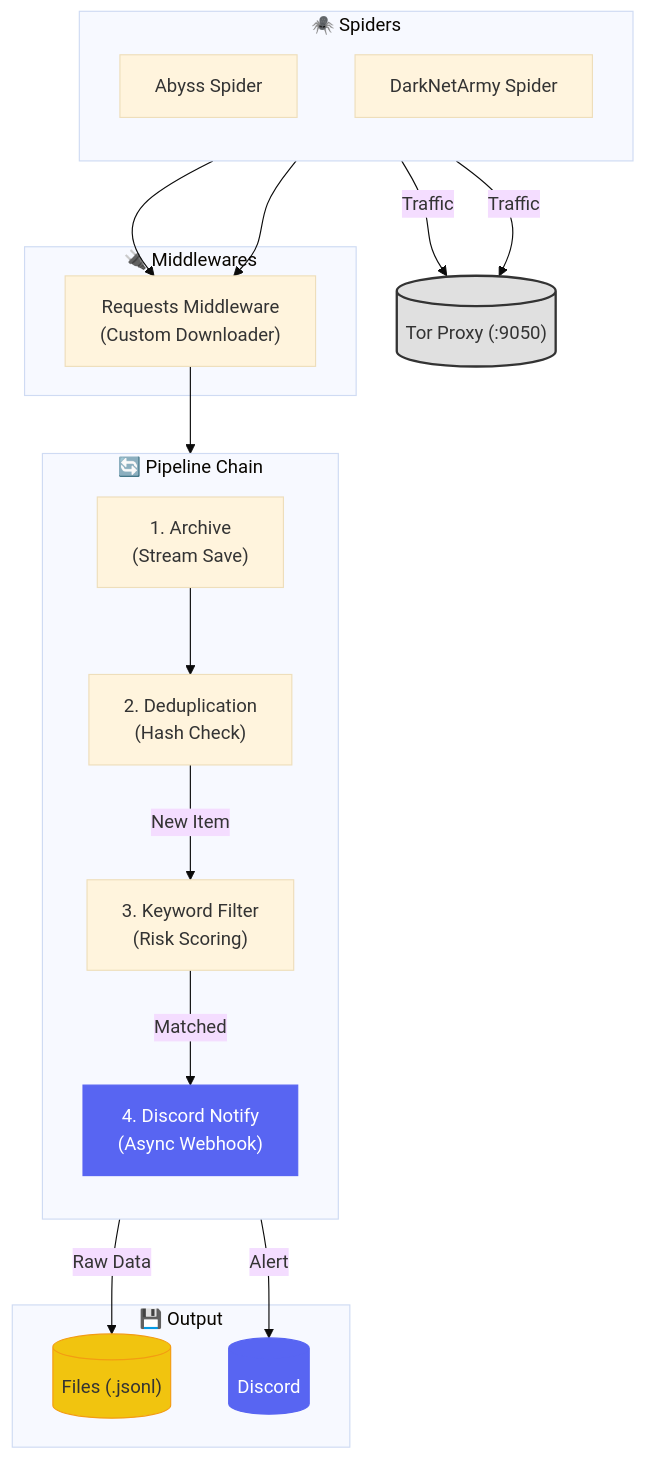
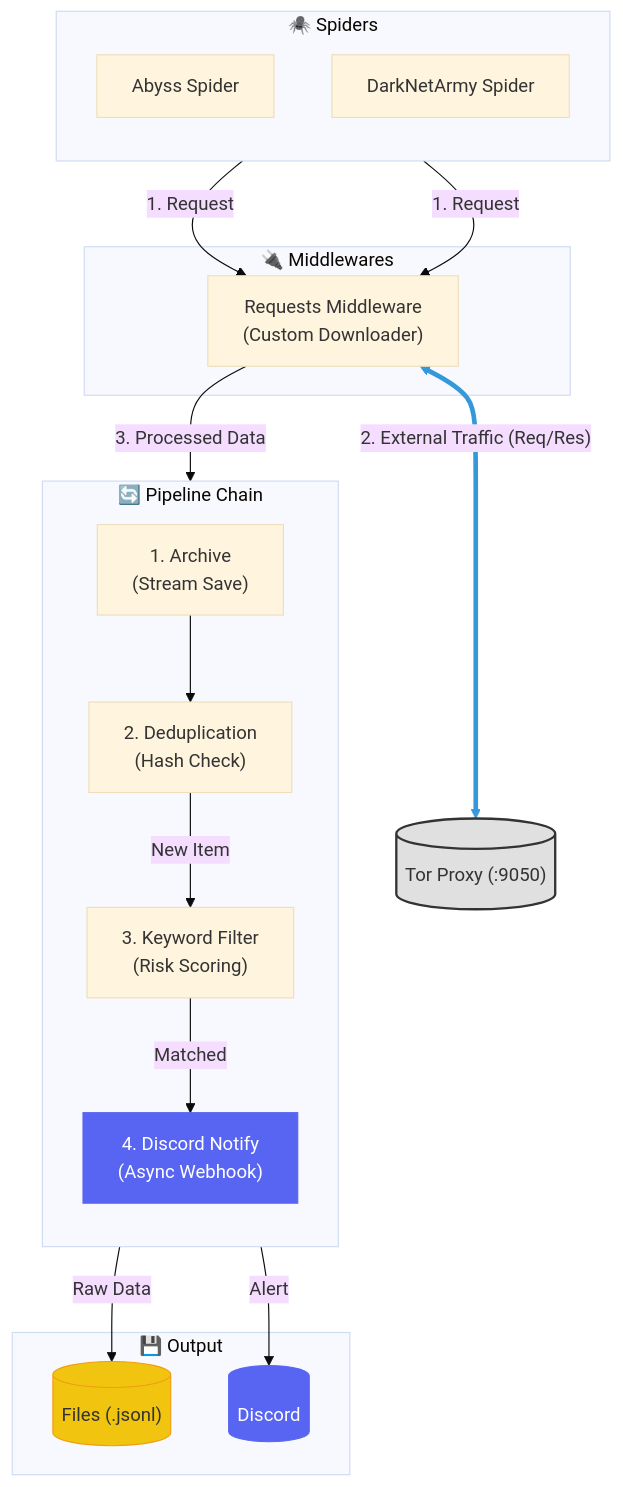
Before and after one commit to Tri-Best-3/darkweb_crawler_main: the diagram in README.md, drawn with Mermaid (base theme).

Commit message:
docs: ReadMe mermaid flow fix

````diff
--- a/README.md
+++ b/README.md
@@ -26,48 +26,48 @@
 ```mermaid
 flowchart TD
     %% Nodes
     Tor[("Tor Proxy (:9050)")]
     
     subgraph Spiders ["🕷️ Spiders"]
         direction TB
         Abyss[Abyss Spider]
         DNA[DarkNetArmy Spider]
     end
 
     subgraph Middlewares ["🔌 Middlewares"]
-        %% Both use Requests MW for stability
         ReqMW["Requests Middleware<br/>(Custom Downloader)"]
     end
 
     subgraph Pipelines ["🔄 Pipeline Chain"]
         direction TB
         Arc["1. Archive<br/>(Stream Save)"]
         Dedup["2. Deduplication<br/>(Hash Check)"]
         Kwd["3. Keyword Filter<br/>(Risk Scoring)"]
         Noti["4. Discord Notify<br/>(Async Webhook)"]
     end
 
     subgraph Output ["💾 Output"]
         Files[("Files (.jsonl)")]
         Discord[("Discord")]
     end
 
-    %% Data Flow
-    Abyss & DNA --> |Traffic| Tor
-    Abyss & DNA --> ReqMW
+    Abyss & DNA --> |1. Request| ReqMW
+
+    ReqMW <==> |"2. External Traffic (Req/Res)"| Tor
     
-    ReqMW --> Arc
+    ReqMW --> |3. Processed Data| Arc
     
     Arc -- "Raw Data" --> Files
     Arc --> Dedup
     Dedup -- "New Item" --> Kwd
     Kwd -- "Matched" --> Noti
     
     Noti -- "Alert" --> Discord
 
     %% Styling
     style Tor fill:#e0e0e0,stroke:#333,stroke-width:2px
     style Noti fill:#5865F2,stroke:#5865F2,color:#fff
     style Discord fill:#5865F2,stroke:#5865F2,color:#fff
     style Files fill:#f1c40f,stroke:#f39c12
+    linkStyle 2 stroke:#3498db,stroke-width:4px
 ```
````
